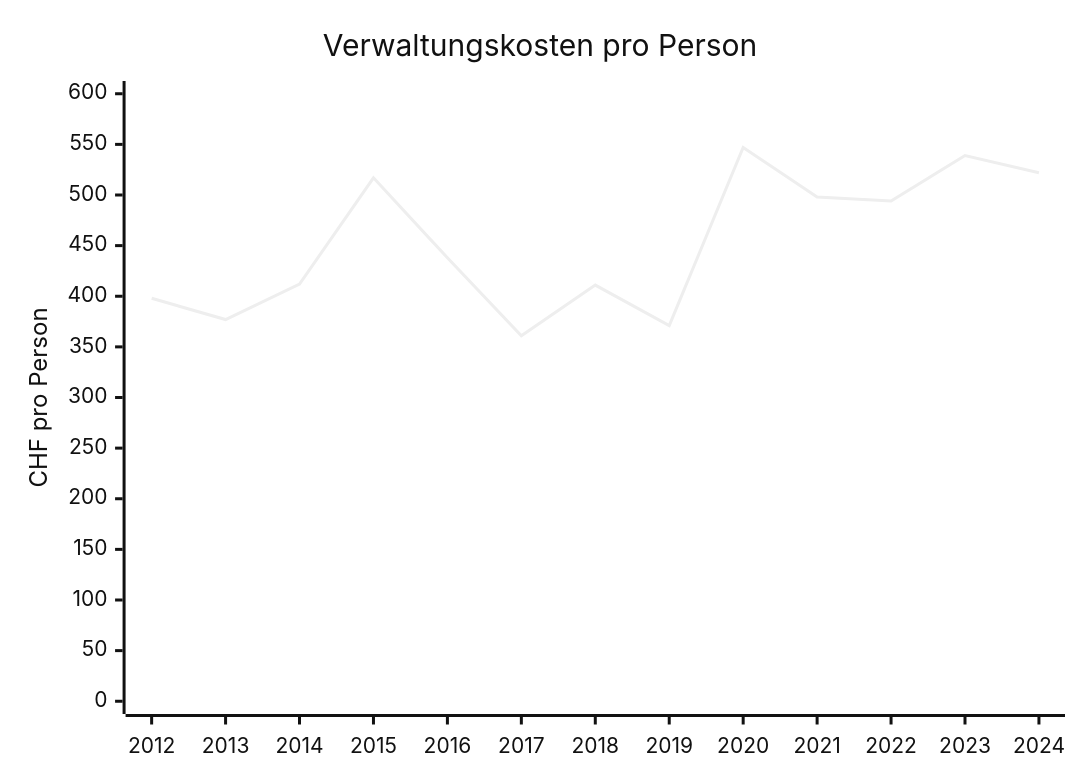
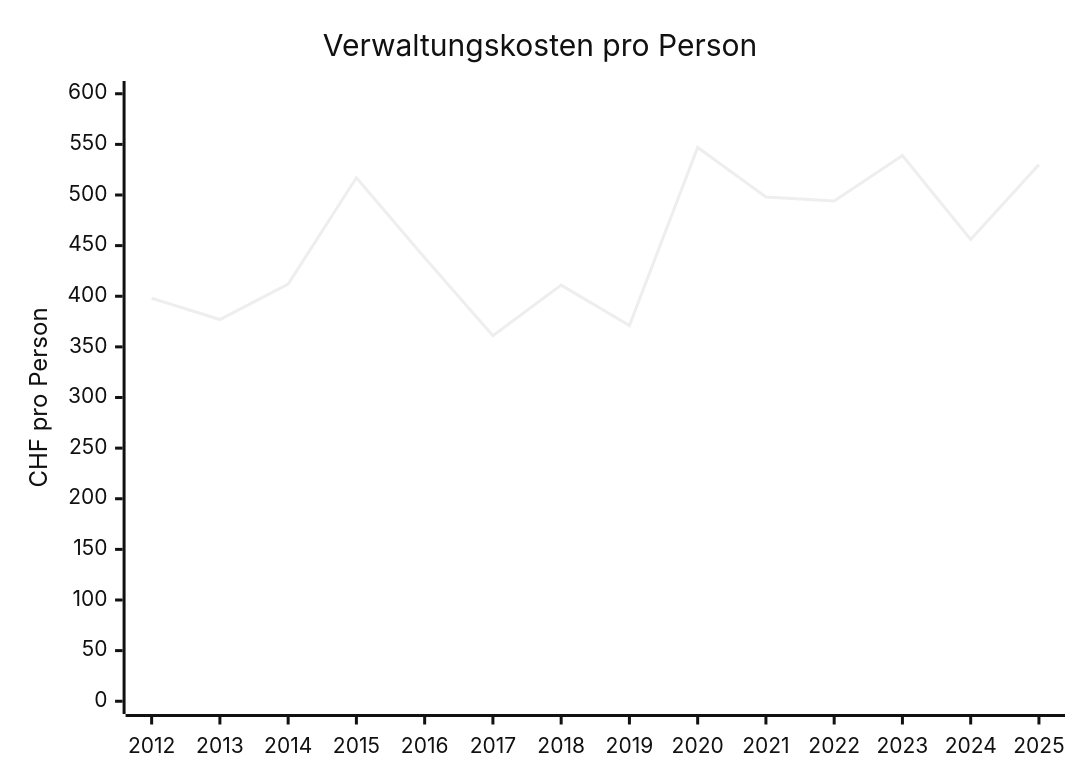
Before and after one commit to risajef/risajef.github.io: the fourth of 8 diagrams in docs/politik/finanzen-beringen.de.md, drawn with Mermaid (neutral theme). The commit also changed other lines of this file and 1 other file, not shown here.

````diff
--- a/docs/politik/finanzen-beringen.de.md
+++ b/docs/politik/finanzen-beringen.de.md
@@ -79,7 +79,7 @@
 ```mermaid
 xychart
 title "Verwaltungskosten pro Person"
-x-axis [2012, 2013, 2014, 2015, 2016, 2017, 2018, 2019, 2020, 2021, 2022, 2023, 2024]
+x-axis [2012, 2013, 2014, 2015, 2016, 2017, 2018, 2019, 2020, 2021, 2022, 2023, 2024, 2025]
 y-axis "CHF pro Person" 0 --> 600
-line [398, 377, 412, 517, 438, 361, 411, 371, 547, 498, 494, 539, 522]
+line [398, 377, 412, 517, 438, 361, 411, 371, 547, 498, 494, 539, 456, 530]
 ```
````
